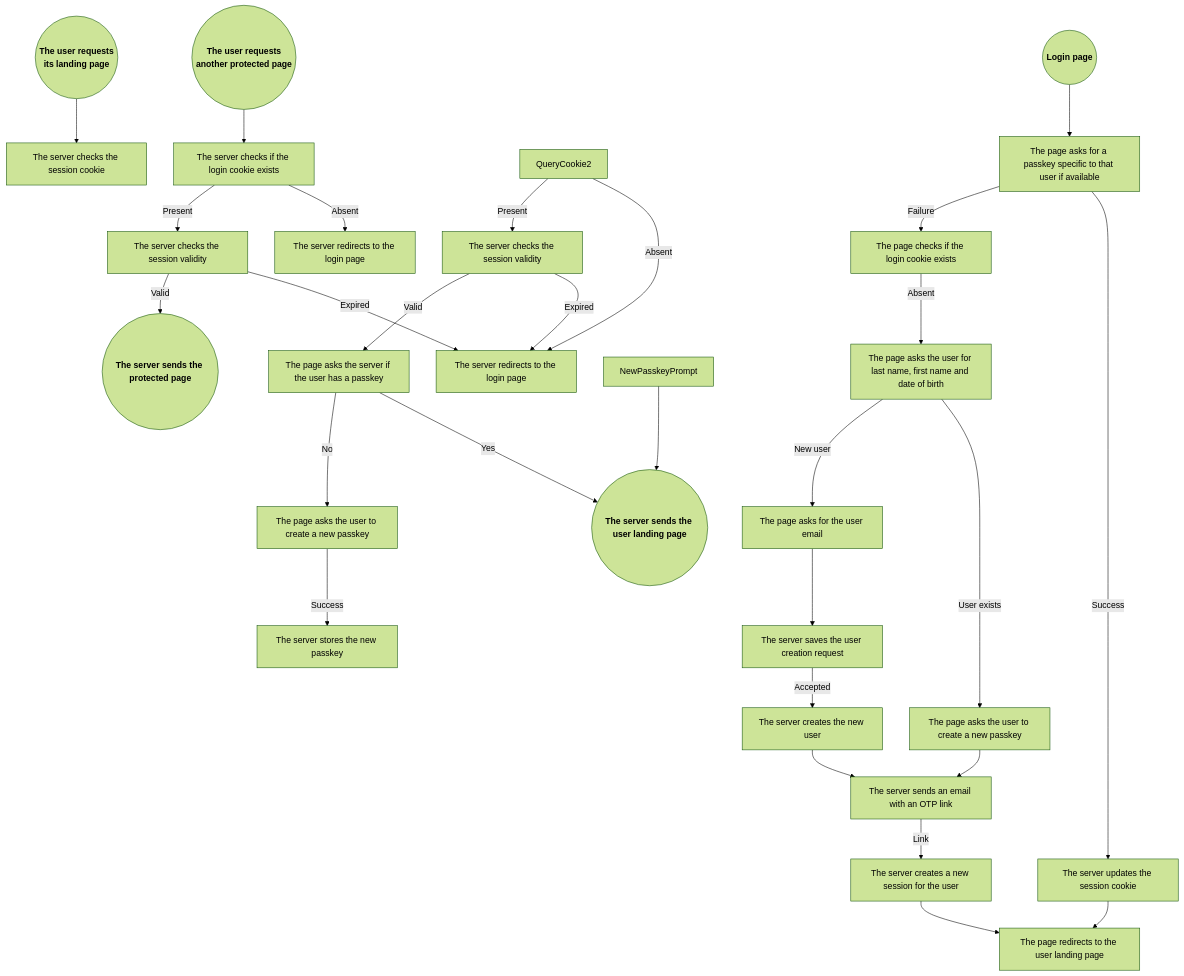
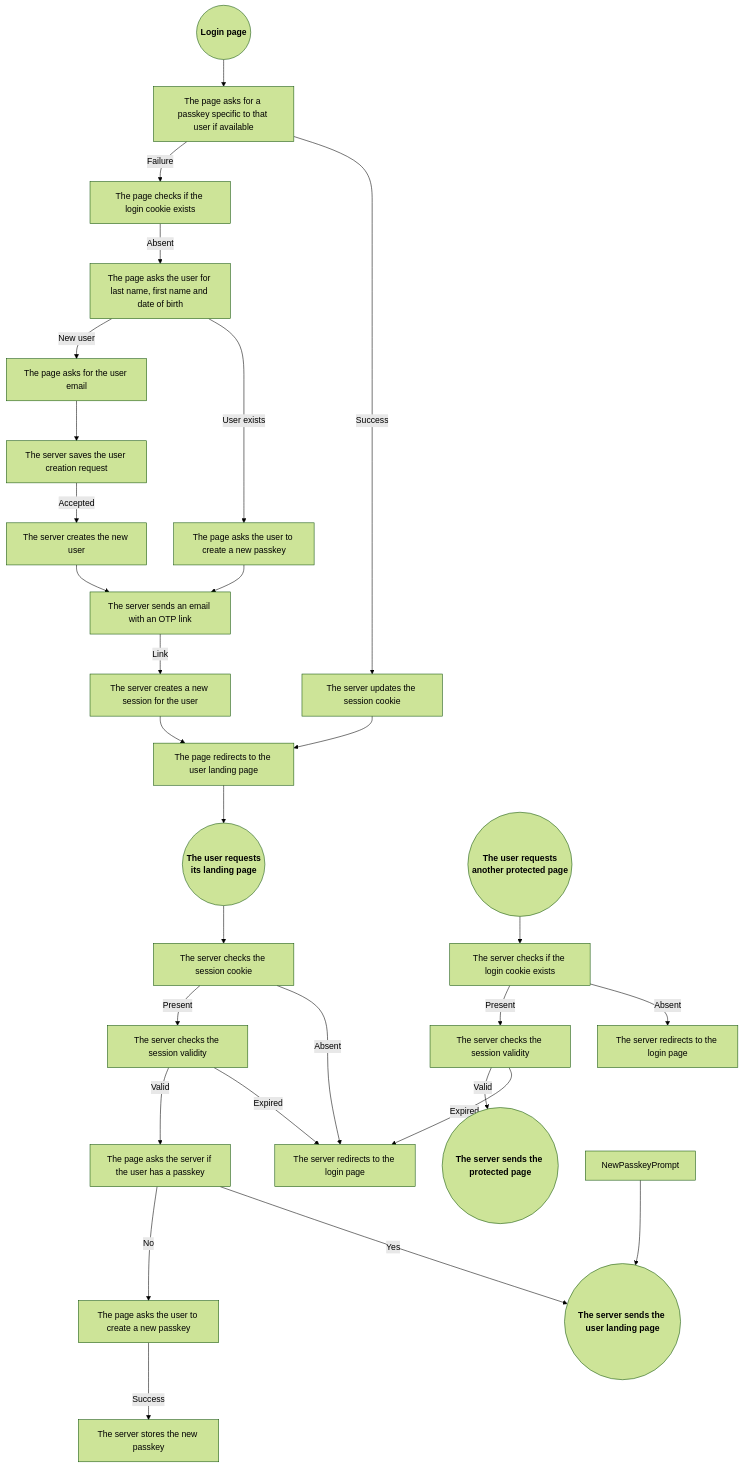
Before and after one commit to programingjd/tiered_server: the diagram in README.md, drawn with Mermaid (forest theme).

````diff
--- a/README.md
+++ b/README.md
@@ -123,36 +123,38 @@
 ```mermaid
 graph TD;
   UserLandingPageRequest(("<b>The user requests<br>its landing page</b>"))
   ProtectedPageRequest(("<b>The user requests<br>another protected page</b>"))
   LoginPageRequest(("<b>Login page</b>"))
   
   ProtectedPageRequest-->QueryCookie1[The server checks if the login cookie exists]
   QueryCookie1-->|Absent|LoginPageRedirect1[The server redirects to the login page]
   QueryCookie1-->|Present|CheckSessionValidity1[The server checks the session validity]
   CheckSessionValidity1-->|Expired|LoginPageRedirect
   CheckSessionValidity1-->|Valid|ProtectedPageResponse(("<b>The server sends the protected page<b>"))
 
-  UserLandingPageRequest-->QuerySessionCookie2[The server checks the session cookie]
+  UserLandingPageRequest-->QueryCookie2[The server checks the session cookie]
   QueryCookie2--Absent-->LoginPageRedirect[The server redirects to the login page]
   QueryCookie2--Present-->CheckSessionValidity2[The server checks the session validity]
   CheckSessionValidity2-->|Expired|LoginPageRedirect
   CheckSessionValidity2-->|Valid|QueryExistingPasskey2[The page asks the server if the user has a passkey]
   QueryExistingPasskey2-->|Yes|UserLandingPageResponse(("<b>The server sends the user landing page<b>"))
   QueryExistingPasskey2-->|No|NewPasskeyPrompt2[The page asks the user to create a new passkey]
   NewPasskeyPrompt2-->|Success|NewPasskeyStore2[The server stores the new passkey]
   NewPasskeyPrompt-->UserLandingPageResponse
 
   LoginPageRequest-->QueryPasskey[The page asks for a passkey specific to that user if available]
   QueryPasskey-->|Success|SessionCookieUpdate[The server updates the session cookie]
   SessionCookieUpdate-->UserLandingPageRedirect[The page redirects to the user landing page]
   QueryPasskey-->|Failure|QueryCookie3[The page checks if the login cookie exists]
   QueryCookie3-->|Absent|UserForm[The page asks the user for last name, first name and date of birth]
   UserForm-->|User exists|NewPasskeyPrompt3[The page asks the user to create a new passkey]
   NewPasskeyPrompt3-->EmailOTP[The server sends an email with an OTP link]
   EmailOTP-->|Link|NewSession[The server creates a new session for the user]
   NewSession-->UserLandingPageRedirect
   UserForm-->|New user|NewUser[The page asks for the user email]
   NewUser-->UserModeration[The server saves the user creation request]
   UserModeration-->|Accepted|UserCreation[The server creates the new user]
   UserCreation-->EmailOTP
+  
+  UserLandingPageRedirect-->UserLandingPageRequest
 ```
````
